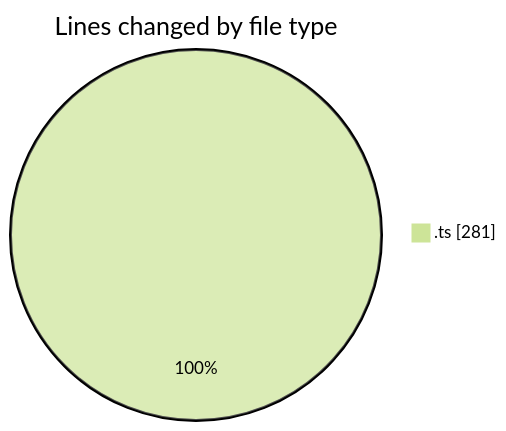
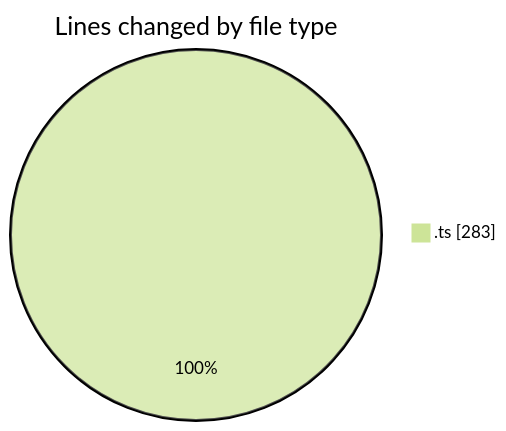
The first of 2 diagrams in 2025-06-24/cda/README.md (momahboobian/code-tracking), drawn with Mermaid (forest theme) before and after one commit. The commit also changed other lines of this file and 1 other file, not shown here.

````diff
--- a/2025-06-24/cda/README.md
+++ b/2025-06-24/cda/README.md
@@ -20,5 +20,5 @@
 ```mermaid
 pie showData
 title Lines changed by file type
-".ts" : 281
+".ts" : 283
 ```
````
